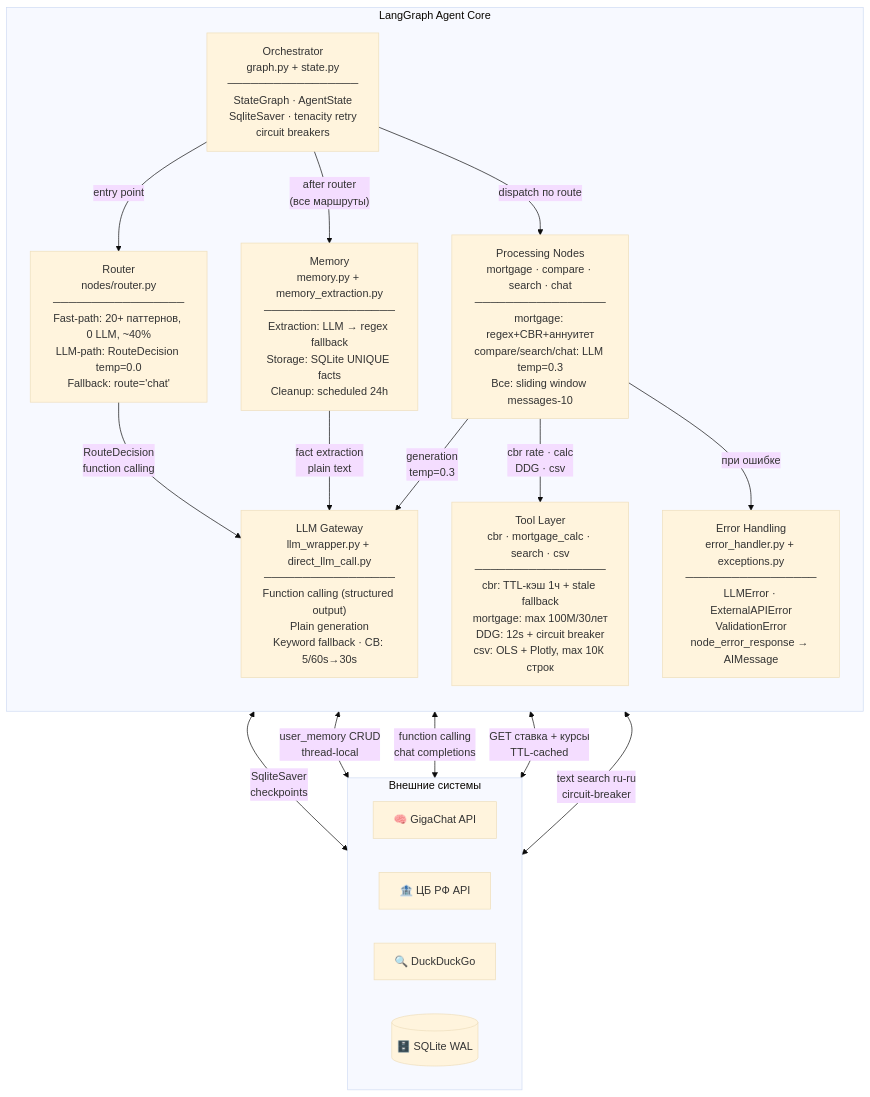
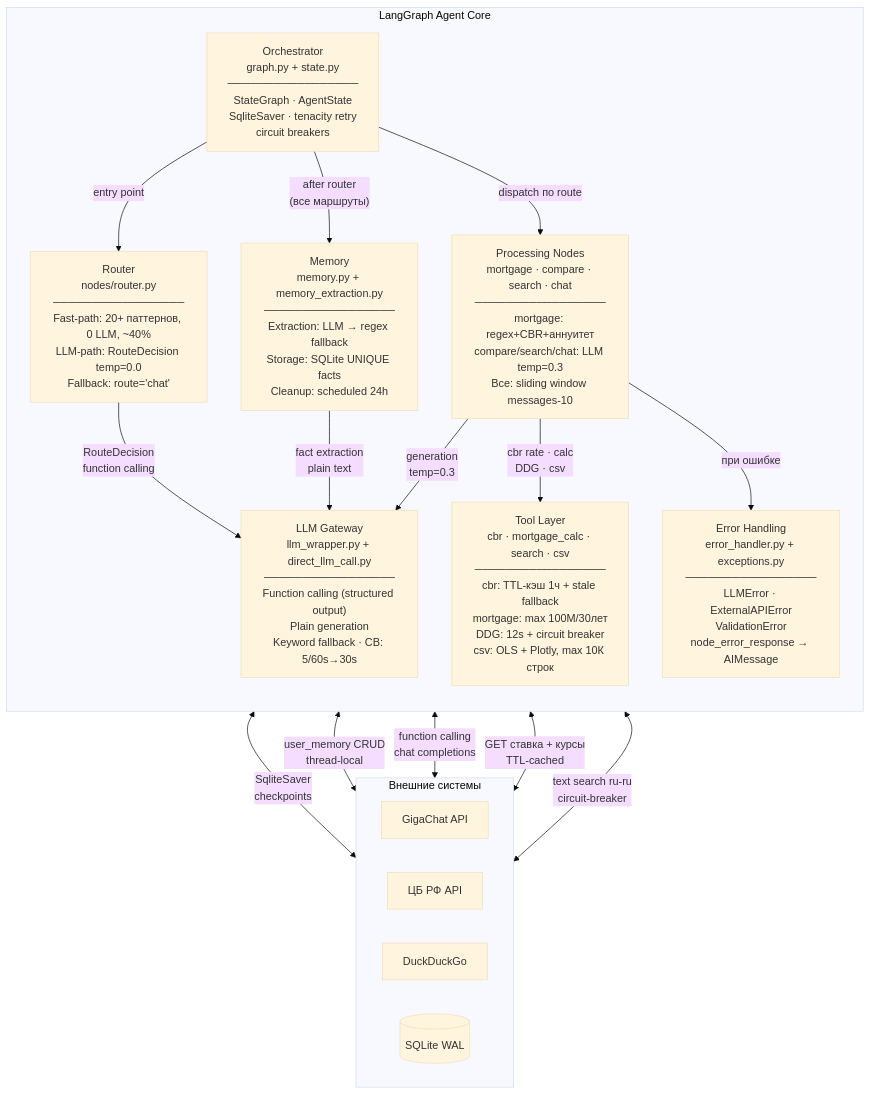
The diagram in docs/diagrams/c4-component.md (baton2809/flat-agent), drawn with Mermaid (base theme) before and after one commit. The commit also changed 2 other files, not shown here.

Commit message:
milestone-2: remove emojis from C4 diagrams

````diff
--- a/docs/diagrams/c4-component.md
+++ b/docs/diagrams/c4-component.md
@@ -7,46 +7,46 @@
 ```mermaid
 flowchart TD
     subgraph EXT["Внешние системы"]
         direction LR
-        GC["🧠 GigaChat API"]
-        CBR_E["🏦 ЦБ РФ API"]
-        DDG_E["🔍 DuckDuckGo"]
-        DB_E[("🗄️ SQLite WAL")]
+        GC["GigaChat API"]
+        CBR_E["ЦБ РФ API"]
+        DDG_E["DuckDuckGo"]
+        DB_E[("SQLite WAL")]
     end
 
     subgraph AGENT["LangGraph Agent Core"]
         direction TB
 
         ORCH_C["Orchestrator\ngraph.py + state.py\n─────────────────\nStateGraph · AgentState\nSqliteSaver · tenacity retry\ncircuit breakers"]
 
         ROUTER_C["Router\nnodes/router.py\n─────────────────\nFast-path: 20+ паттернов, 0 LLM, ~40%\nLLM-path: RouteDecision temp=0.0\nFallback: route='chat'"]
 
         MEM_C["Memory\nmemory.py + memory_extraction.py\n─────────────────\nExtraction: LLM → regex fallback\nStorage: SQLite UNIQUE facts\nCleanup: scheduled 24h"]
 
         PROC_C["Processing Nodes\nmortgage · compare · search · chat\n─────────────────\nmortgage: regex+CBR+аннуитет\ncompare/search/chat: LLM temp=0.3\nВсе: sliding window messages-10"]
 
         LLM_C["LLM Gateway\nllm_wrapper.py + direct_llm_call.py\n─────────────────\nFunction calling (structured output)\nPlain generation\nKeyword fallback · CB: 5/60s→30s"]
 
         TOOLS_C["Tool Layer\ncbr · mortgage_calc · search · csv\n─────────────────\ncbr: TTL-кэш 1ч + stale fallback\nmortgage: max 100М/30лет\nDDG: 12s + circuit breaker\ncsv: OLS + Plotly, max 10К строк"]
 
         ERR_C["Error Handling\nerror_handler.py + exceptions.py\n─────────────────\nLLMError · ExternalAPIError\nValidationError\nnode_error_response → AIMessage"]
     end
 
     ORCH_C -->|"entry point"| ROUTER_C
     ORCH_C -->|"after router\n(все маршруты)"| MEM_C
     ORCH_C -->|"dispatch по route"| PROC_C
     ORCH_C <-->|"SqliteSaver\ncheckpoints"| DB_E
 
     ROUTER_C -->|"RouteDecision\nfunction calling"| LLM_C
 
     MEM_C -->|"fact extraction\nplain text"| LLM_C
     MEM_C <-->|"user_memory CRUD\nthread-local"| DB_E
 
     PROC_C -->|"generation\ntemp=0.3"| LLM_C
     PROC_C -->|"cbr rate · calc\nDDG · csv"| TOOLS_C
     PROC_C -->|"при ошибке"| ERR_C
 
     LLM_C <-->|"function calling\nchat completions"| GC
     TOOLS_C <-->|"GET ставка + курсы\nTTL-cached"| CBR_E
     TOOLS_C <-->|"text search ru-ru\ncircuit-breaker"| DDG_E
 ```
````
